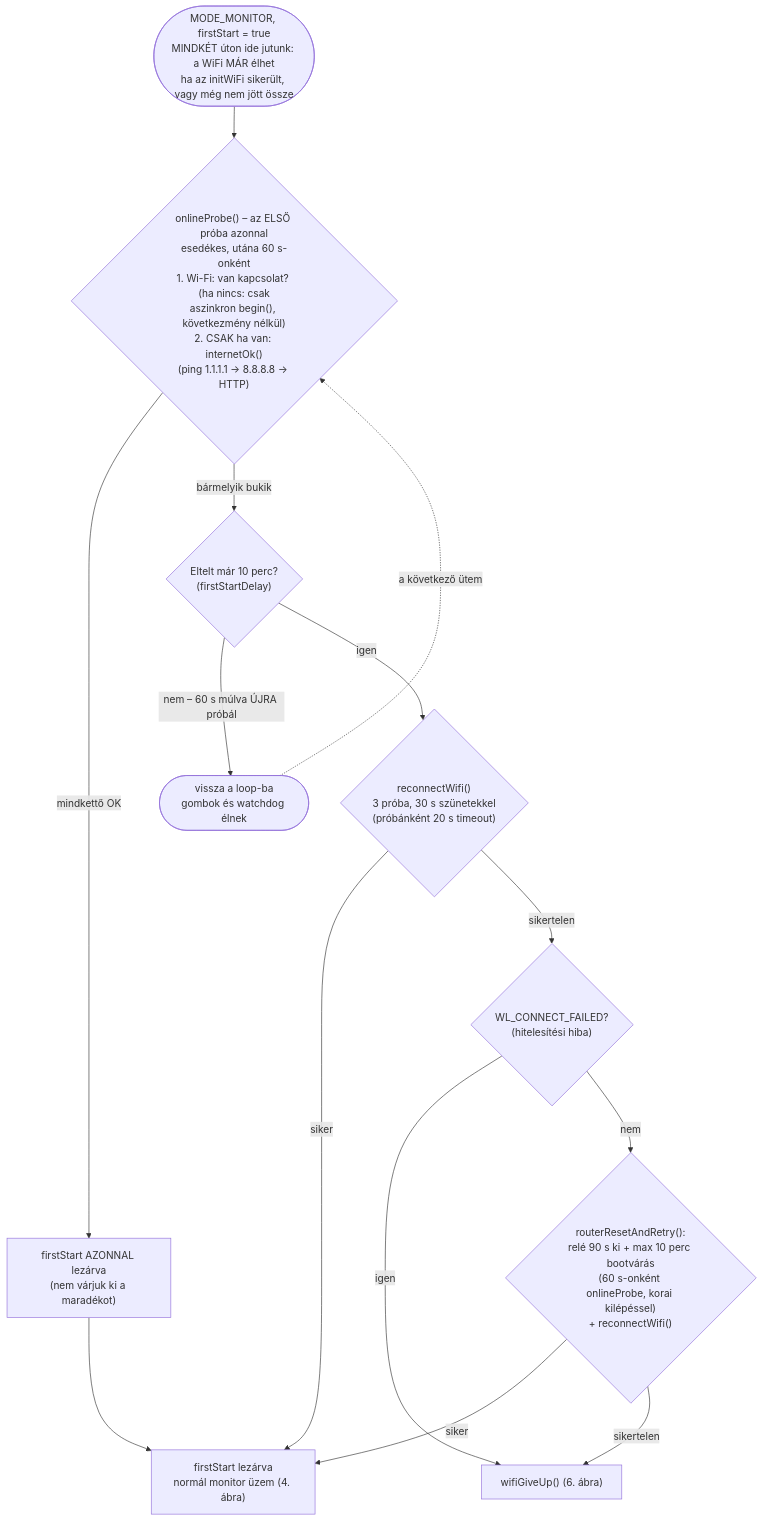
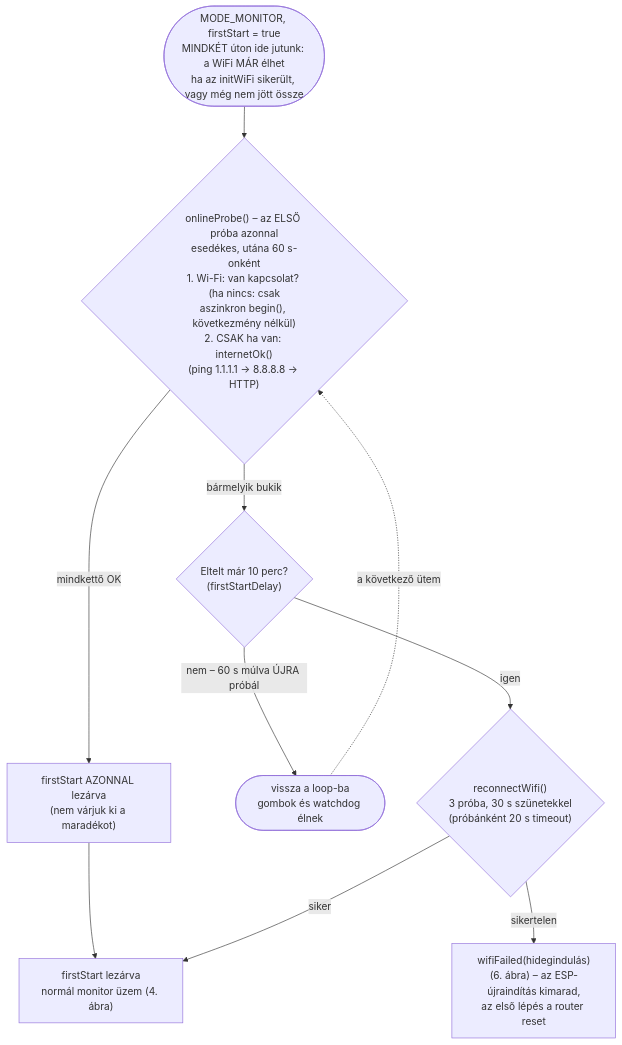
One commit to manszabi/bazsi-router-reboot changed the third of 10 diagrams in FOLYAMATABRA.md. Above: the diagram before and after it, drawn with Mermaid. The commit also changed other lines of this file and 11 other files, not shown here.

First line of the commit message:
feat: Wi-Fi-lepcso - elobb ESP-ujrainditas, utana router reset, ritkulo ismetles

````diff
--- a/FOLYAMATABRA.md
+++ b/FOLYAMATABRA.md
@@ -101,16 +101,12 @@
 ```mermaid
 flowchart TD
     IN([MODE_MONITOR, firstStart = true<br>MINDKÉT úton ide jutunk: a WiFi MÁR élhet<br>ha az initWiFi sikerült, vagy még nem jött össze]) --> PRB{"onlineProbe() – az ELSŐ próba azonnal<br>esedékes, utána 60 s-onként<br>1. Wi-Fi: van kapcsolat? (ha nincs: csak<br>aszinkron begin(), következmény nélkül)<br>2. CSAK ha van: internetOk()<br>(ping 1.1.1.1 → 8.8.8.8 → HTTP)"}
     PRB -->|"mindkettő OK"| EARLY["firstStart AZONNAL lezárva<br>(nem várjuk ki a maradékot)"]
     EARLY --> DONE
     PRB -->|"bármelyik bukik"| WAIT{"Eltelt már 10 perc?<br>(firstStartDelay)"}
     WAIT -->|"nem – 60 s múlva ÚJRA próbál"| BACK([vissza a loop-ba<br>gombok és watchdog élnek])
     BACK -.->|"a következő ütem"| PRB
     WAIT -->|igen| REC{"reconnectWifi()<br>3 próba, 30 s szünetekkel<br>(próbánként 20 s timeout)"}
     REC -->|siker| DONE["firstStart lezárva<br>normál monitor üzem (4. ábra)"]
-    REC -->|sikertelen| AUTH{"WL_CONNECT_FAILED?<br>(hitelesítési hiba)"}
-    AUTH -->|igen| GU["wifiGiveUp() (6. ábra)"]
-    AUTH -->|nem| RST{"routerResetAndRetry():<br>relé 90 s ki + max 10 perc bootvárás<br>(60 s-onként onlineProbe, korai kilépéssel)<br>+ reconnectWifi()"}
-    RST -->|siker| DONE
-    RST -->|sikertelen| GU
+    REC -->|sikertelen| GU["wifiFailed(hidegindulás)<br>(6. ábra) – az ESP-újraindítás kimarad,<br>az első lépés a router reset"]
 ```
````
